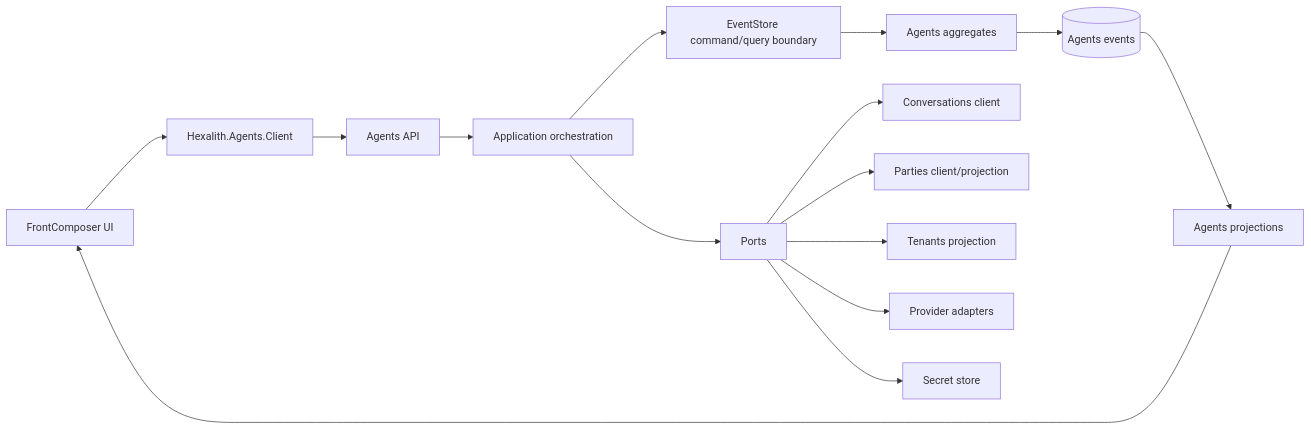
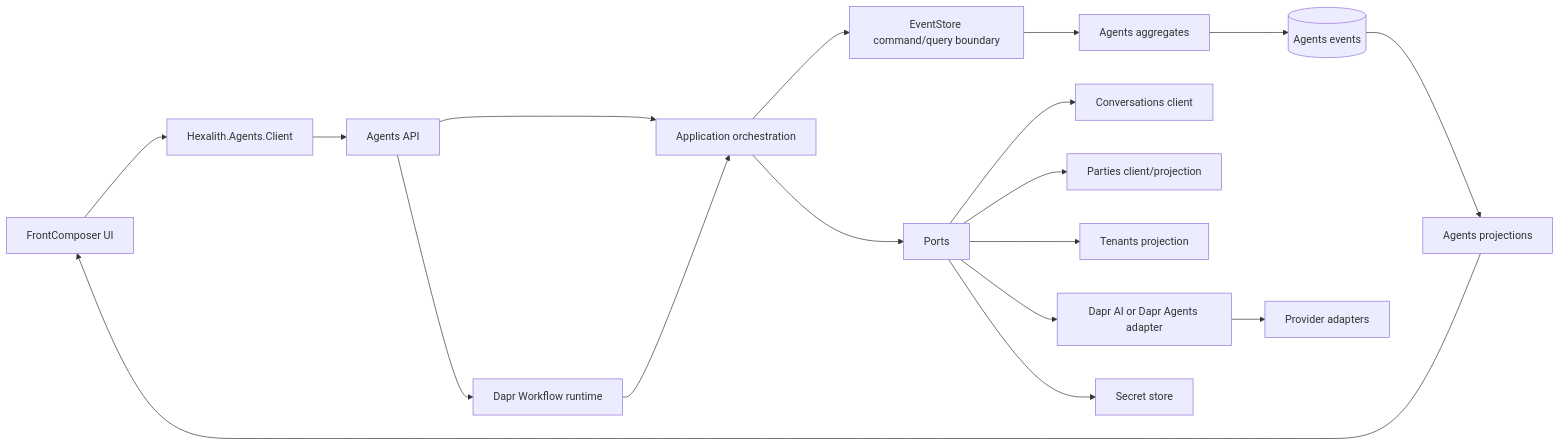
Before and after one commit to Hexalith/Hexalith.Agents: the first of 4 diagrams in _bmad-output/planning-artifacts/architecture/architecture-agents-2026-06-23-2/ARCHITECTURE-SPINE.md, drawn with Mermaid. The commit also changed other lines of this file and 10 other files, not shown here.

````diff
--- a/_bmad-output/planning-artifacts/architecture/architecture-agents-2026-06-23-2/ARCHITECTURE-SPINE.md
+++ b/_bmad-output/planning-artifacts/architecture/architecture-agents-2026-06-23-2/ARCHITECTURE-SPINE.md
@@ -36,17 +39,20 @@
 ```mermaid
 flowchart LR
   UI[FrontComposer UI] --> Client[Hexalith.Agents.Client]
   API[Agents API] --> App[Application orchestration]
   Client --> API
+  API --> Workflow[Dapr Workflow runtime]
+  Workflow --> App
   App --> Ports[Ports]
   App --> ES[EventStore command/query boundary]
   ES --> Agg[Agents aggregates]
   Agg --> Events[(Agents events)]
   Ports --> Conversations[Conversations client]
   Ports --> Parties[Parties client/projection]
   Ports --> Tenants[Tenants projection]
-  Ports --> Provider[Provider adapters]
+  Ports --> DaprAI[Dapr AI or Dapr Agents adapter]
+  DaprAI --> Provider[Provider adapters]
   Ports --> Secrets[Secret store]
   Events --> Proj[Agents projections]
   Proj --> UI
 ```
````
